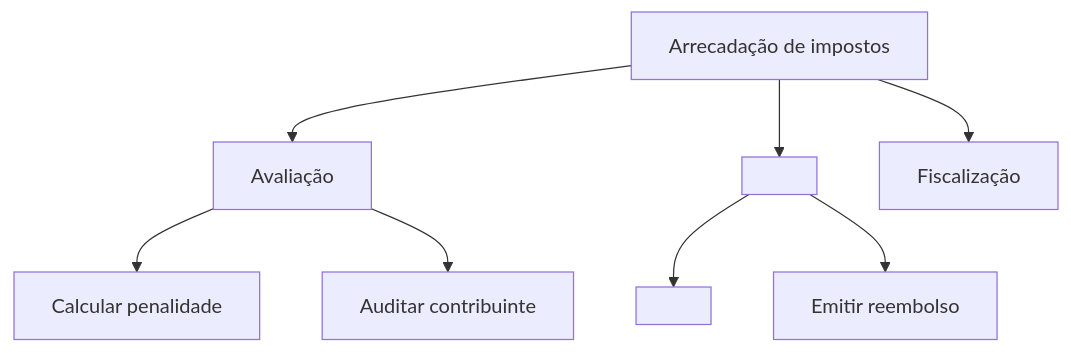
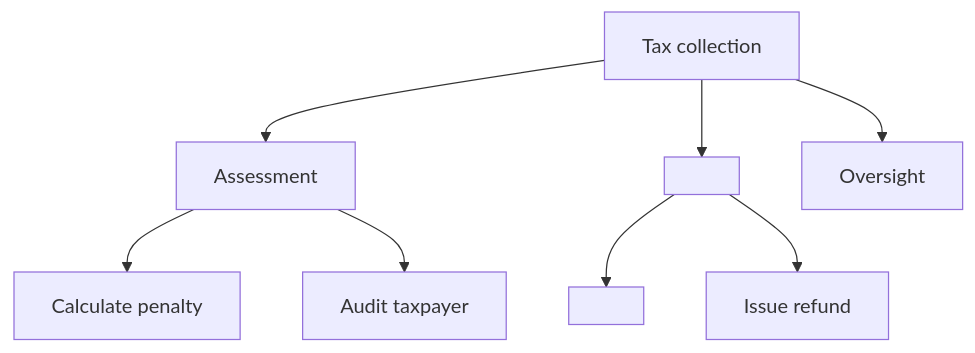
Before and after one commit to serpro-workshop-fortaleza/sifap-modernization-paula: the diagram in .github/skills/capability-map/SKILL.md, drawn with Mermaid. The commit also changed other lines of this file and 152 other files, not shown here.

````diff
--- a/.github/skills/capability-map/SKILL.md
+++ b/.github/skills/capability-map/SKILL.md
@@ -45,10 +45,10 @@
 ```mermaid
 flowchart TD
- A[Arrecadação de impostos] --> B[Avaliação]
+ A[Tax collection] --> B[Assessment]
  A --> C[<Capability>]
- A --> D[Fiscalização]
- B --> B1[Calcular penalidade]
- B --> B2[Auditar contribuinte]
+ A --> D[Oversight]
+ B --> B1[Calculate penalty]
+ B --> B2[Audit taxpayer]
  C --> C1[<Sub-capability>]
- C --> C2[Emitir reembolso]
+ C --> C2[Issue refund]
 ```
````
